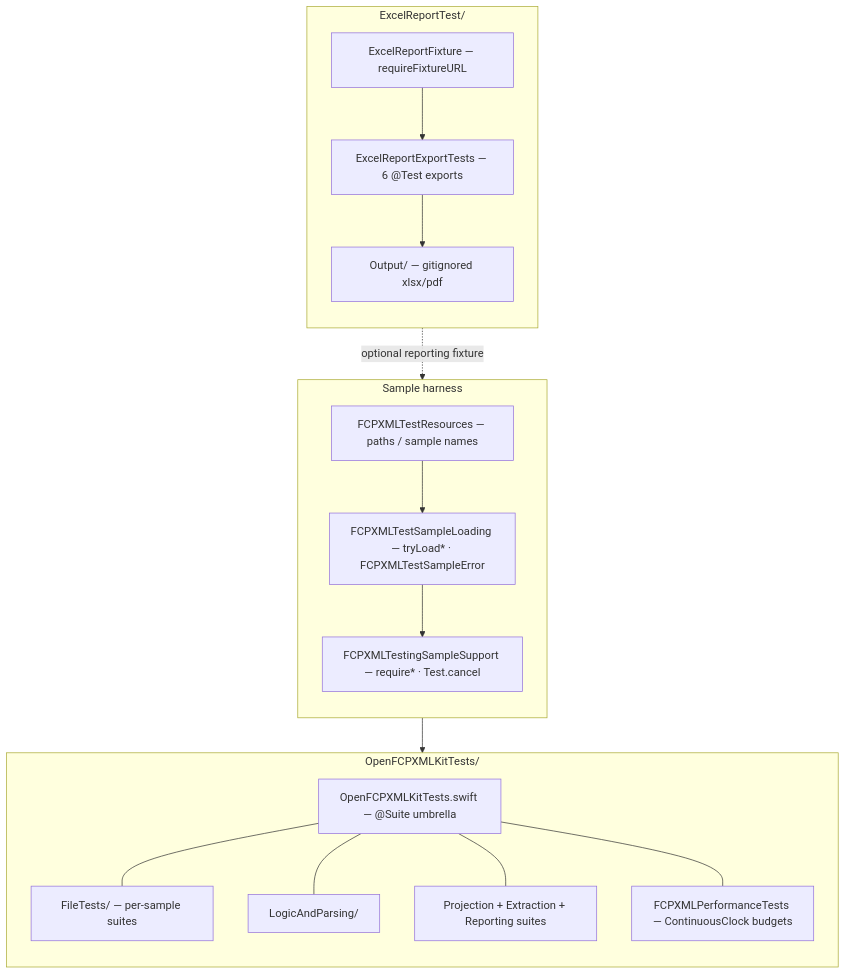
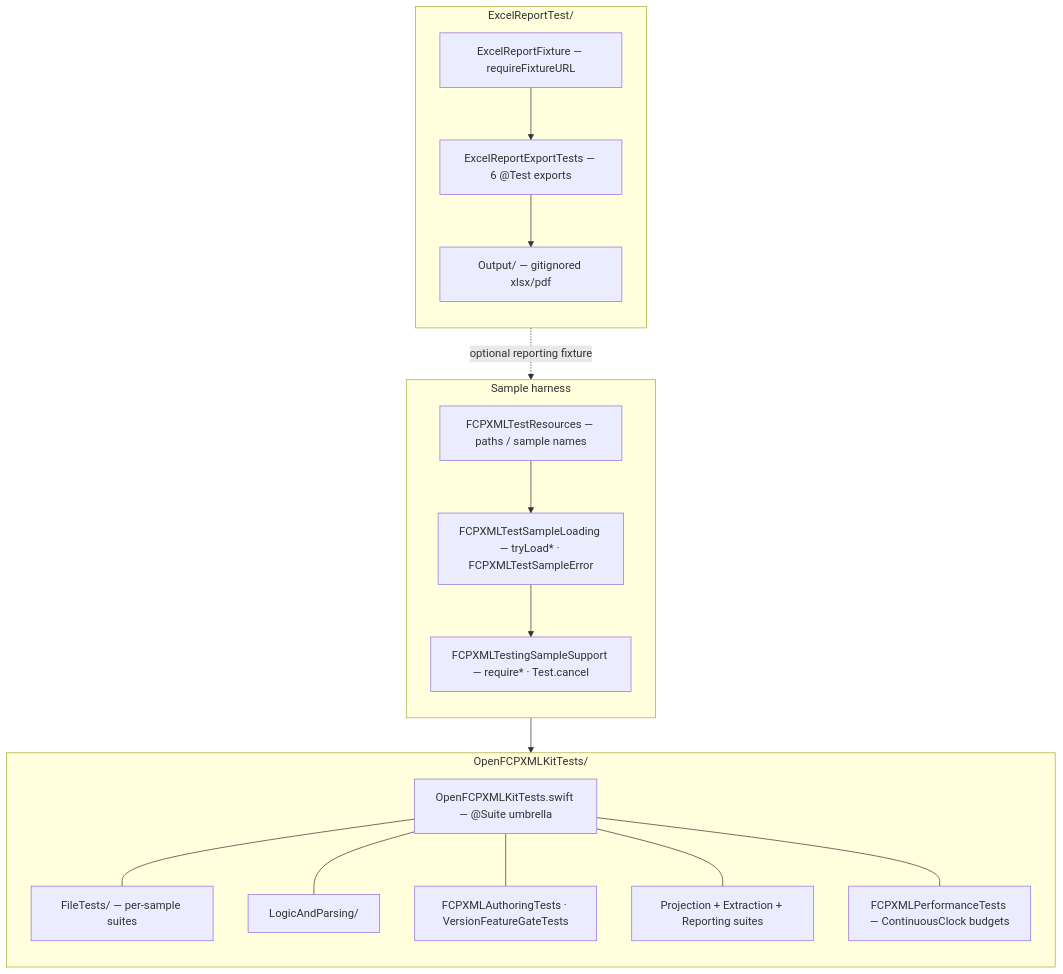
The second of 6 diagrams in ARCHITECTURE.md (TheAcharya/OpenFCPXMLKit), drawn with Mermaid before and after one commit. The commit also changed other lines of this file and 61 other files, not shown here.

````diff
--- a/ARCHITECTURE.md
+++ b/ARCHITECTURE.md
@@ -193,34 +223,36 @@
 ```mermaid
 flowchart TB
     subgraph HARNESS["Sample harness"]
         direction TB
         RES["FCPXMLTestResources — paths / sample names"]
         LOAD["FCPXMLTestSampleLoading — tryLoad* · FCPXMLTestSampleError"]
         REQ["FCPXMLTestingSampleSupport — require* · Test.cancel"]
         RES --> LOAD --> REQ
     end
 
     subgraph OKT_TREE["OpenFCPXMLKitTests/"]
         direction TB
         UMB["OpenFCPXMLKitTests.swift — @Suite umbrella"]
         FILE["FileTests/ — per-sample suites"]
         LOGIC["LogicAndParsing/"]
+        AUTH["FCPXMLAuthoringTests · VersionFeatureGateTests"]
         PROJ["Projection + Extraction + Reporting suites"]
         PERF["FCPXMLPerformanceTests — ContinuousClock budgets"]
         UMB --- FILE
         UMB --- LOGIC
+        UMB --- AUTH
         UMB --- PROJ
         UMB --- PERF
     end
 
     subgraph ERT_TREE["ExcelReportTest/"]
         direction TB
         FIX["ExcelReportFixture — requireFixtureURL"]
         EXP["ExcelReportExportTests — 6 @Test exports"]
         OUT["Output/ — gitignored xlsx/pdf"]
         FIX --> EXP --> OUT
     end
 
     HARNESS --> OKT_TREE
     FIX -.->|"optional reporting fixture"| HARNESS
 ```
````
